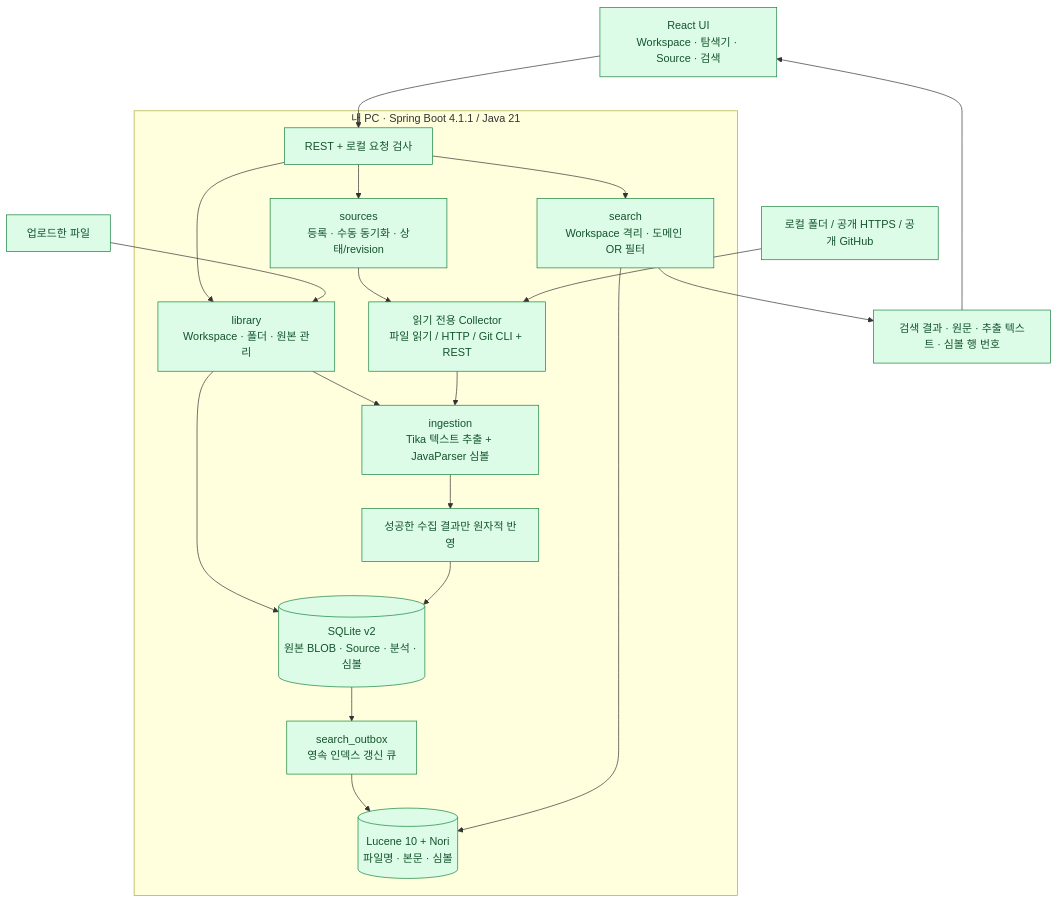
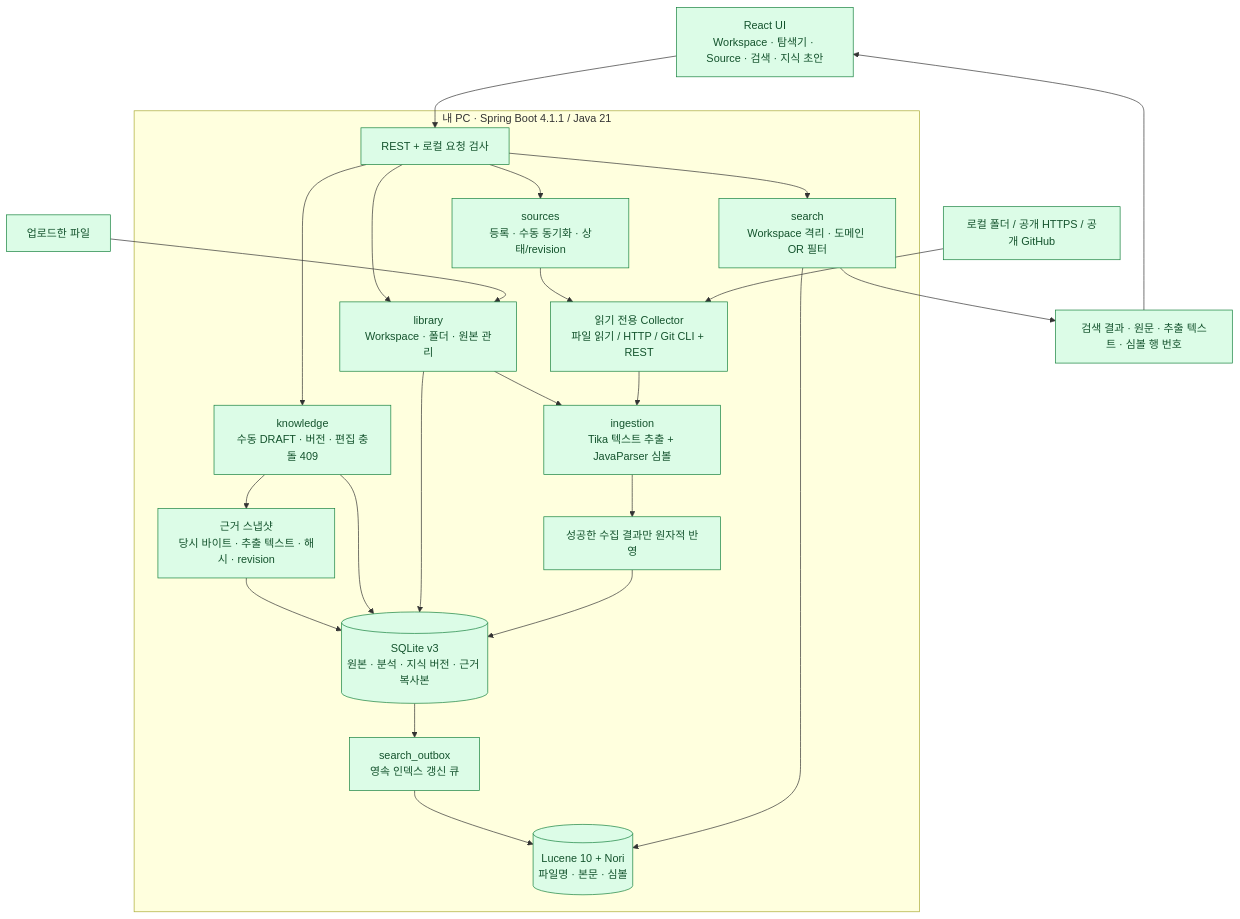
Before and after one commit to thisisnew/dougle: the second of 5 diagrams in docs/design-map.md, drawn with Mermaid. The commit also changed other lines of this file and 24 other files, not shown here.

````diff
--- a/docs/design-map.md
+++ b/docs/design-map.md
@@ -53,37 +53,43 @@
 ```mermaid
 flowchart TB
-    UI["React UI<br/>Workspace · 탐색기 · Source · 검색"]
+    UI["React UI<br/>Workspace · 탐색기 · Source · 검색 · 지식 초안"]
     FILE["업로드한 파일"]
     INPUT["로컬 폴더 / 공개 HTTPS / 공개 GitHub"]
     subgraph APP["내 PC · Spring Boot 4.1.1 / Java 21"]
         API["REST + 로컬 요청 검사"]
         LIB["library<br/>Workspace · 폴더 · 원본 관리"]
         SRC["sources<br/>등록 · 수동 동기화 · 상태/revision"]
         COL["읽기 전용 Collector<br/>파일 읽기 / HTTP / Git CLI + REST"]
         ING["ingestion<br/>Tika 텍스트 추출 + JavaParser 심볼"]
         SAVE["성공한 수집 결과만 원자적 반영"]
-        DB[("SQLite v2<br/>원본 BLOB · Source · 분석 · 심볼")]
+        DB[("SQLite v3<br/>원본 · 분석 · 지식 버전 · 근거 복사본")]
+        KNOW["knowledge<br/>수동 DRAFT · 버전 · 편집 충돌 409"]
+        EVID["근거 스냅샷<br/>당시 바이트 · 추출 텍스트 · 해시 · revision"]
         QUEUE["search_outbox<br/>영속 인덱스 갱신 큐"]
         IDX[("Lucene 10 + Nori<br/>파일명 · 본문 · 심볼")]
         SEARCH["search<br/>Workspace 격리 · 도메인 OR 필터"]
         API --> LIB
         API --> SRC
         API --> SEARCH
+        API --> KNOW
+        KNOW --> EVID
+        EVID --> DB
+        KNOW --> DB
         LIB --> DB
         LIB --> ING
         SRC --> COL
         COL --> ING
         ING --> SAVE
         SAVE --> DB
         DB --> QUEUE
         QUEUE --> IDX
         SEARCH --> IDX
     end
     UI --> API
     FILE --> LIB
     INPUT --> COL
     SEARCH --> RESULT["검색 결과 · 원문 · 추출 텍스트 · 심볼 행 번호"]
     RESULT --> UI
     classDef done fill:#dcfce7,stroke:#15803d,color:#14532d
-    class UI,FILE,INPUT,API,LIB,SRC,COL,ING,SAVE,DB,QUEUE,IDX,SEARCH,RESULT done
+    class UI,FILE,INPUT,API,LIB,SRC,COL,ING,SAVE,DB,QUEUE,IDX,SEARCH,RESULT,KNOW,EVID done
 ```
````
